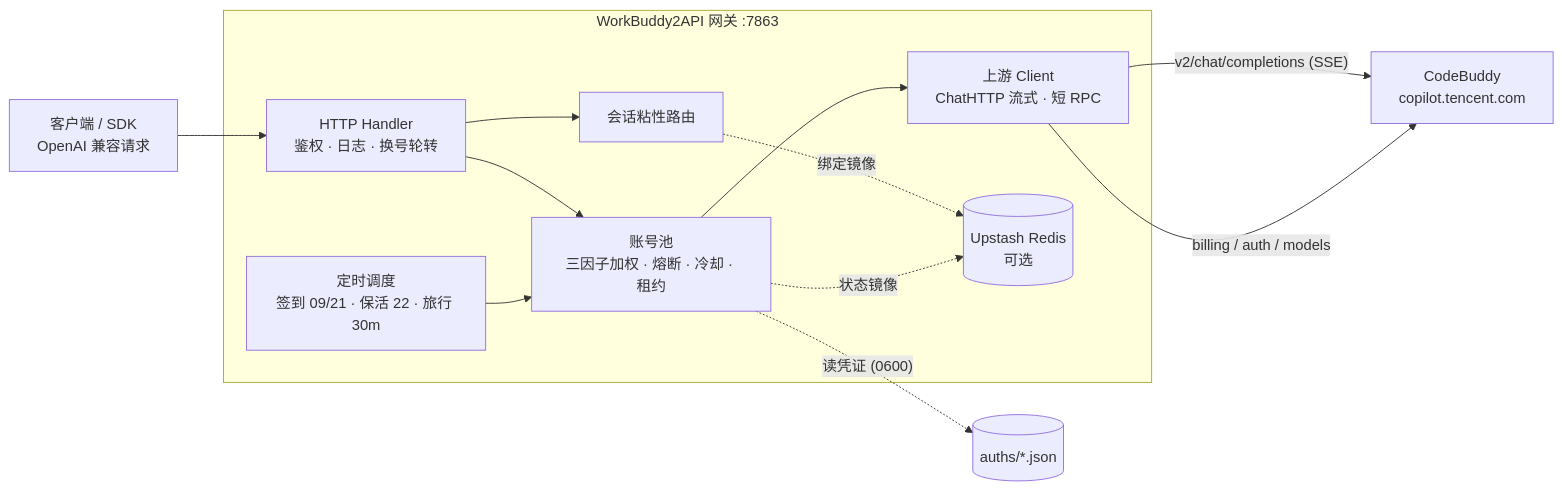
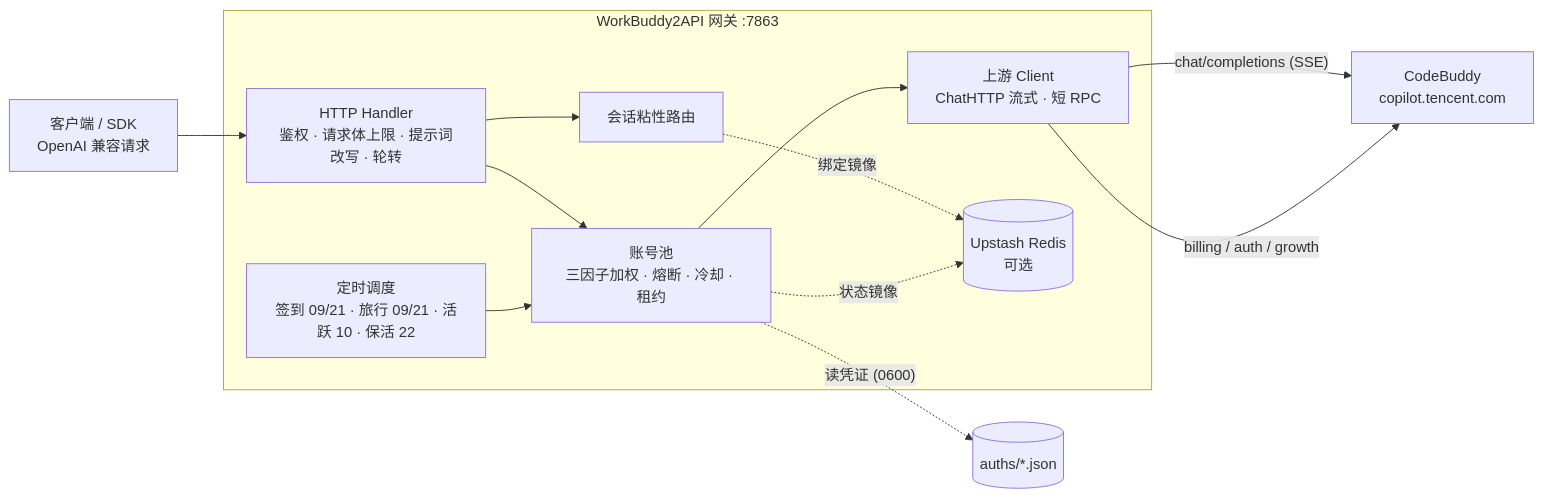
The diagram in README.md (Viciy2023/wb2api-deploy), drawn with Mermaid before and after one commit. The commit also changed other lines of this file, not shown here.

````diff
--- a/README.md
+++ b/README.md
@@ -48,18 +50,18 @@
 ```mermaid
 flowchart LR
     Client["客户端 / SDK\nOpenAI 兼容请求"] --> H
 
     subgraph GWI["WorkBuddy2API 网关 :7863"]
-        H["HTTP Handler\n鉴权 · 日志 · 换号轮转"] --> P
+        H["HTTP Handler\n鉴权 · 请求体上限 · 提示词改写 · 轮转"] --> P
         H --> S
         P["账号池\n三因子加权 · 熔断 · 冷却 · 租约"] --> U
         S["会话粘性路由"] -.绑定镜像.-> REDIS
-        T["定时调度\n签到 09/21 · 保活 22 · 旅行 30m"] --> P
+        T["定时调度\n签到 09/21 · 旅行 09/21 · 活跃 10 · 保活 22"] --> P
         U["上游 Client\nChatHTTP 流式 · 短 RPC"]
     end
 
     P -. "读凭证 (0600)" .-> AUTH[("auths/*.json")]
     P -. "状态镜像" .-> REDIS[("Upstash Redis\n可选")]
-    U -->|"v2/chat/completions (SSE)"| CB["CodeBuddy\ncopilot.tencent.com"]
-    U -->|"billing / auth / models"| CB
+    U -->|"chat/completions (SSE)"| CB["CodeBuddy\ncopilot.tencent.com"]
+    U -->|"billing / auth / growth"| CB
 ```
````
